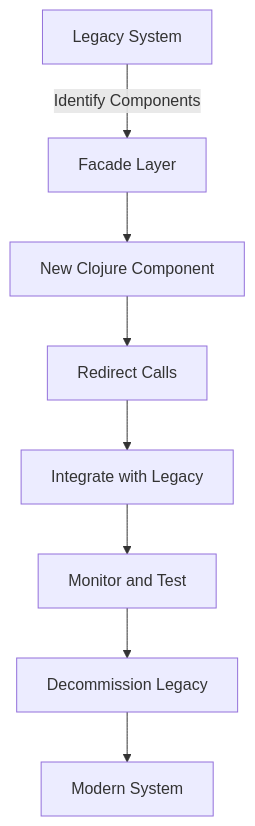
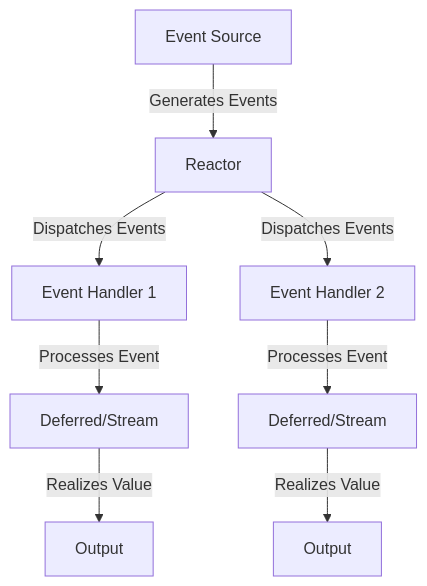
One commit to MasteryEducation/SoftwarePatternsLexicon.com changed the diagram in content/patterns-clojure/12/12/index.md. Above: the diagram before and after it, drawn with Mermaid. The commit also changed other lines of this file and 462 other files, not shown here.

````diff
--- a/content/patterns-clojure/12/12/index.md
+++ b/content/patterns-clojure/12/12/index.md
@@ -84,10 +166,10 @@
 ```mermaid
 graph TD;
-    A[Legacy System] -->|Identify Components| B[Facade Layer]
-    B --> C[New Clojure Component]
-    C --> D[Redirect Calls]
-    D --> E[Integrate with Legacy]
-    E --> F[Monitor and Test]
-    F --> G[Decommission Legacy]
-    G --> H[Modern System]
+    A[Event Source] -->|Generates Events| B[Reactor];
+    B -->|Dispatches Events| C[Event Handler 1];
+    B -->|Dispatches Events| D[Event Handler 2];
+    C -->|Processes Event| E[Deferred/Stream];
+    D -->|Processes Event| F[Deferred/Stream];
+    E -->|Realizes Value| G[Output];
+    F -->|Realizes Value| H[Output];
 ```
````
